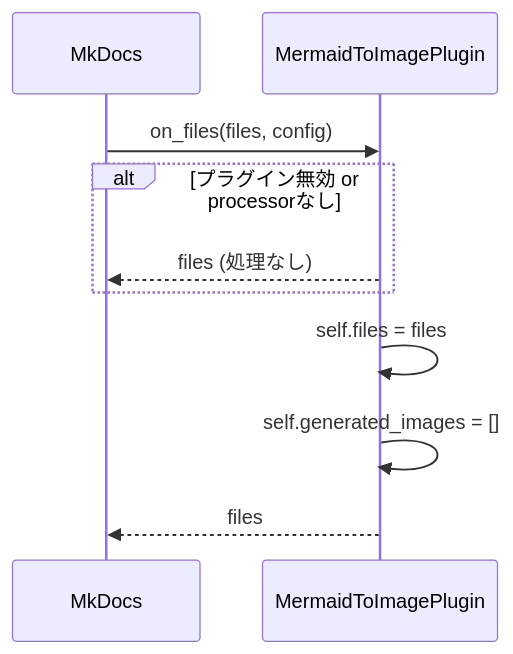
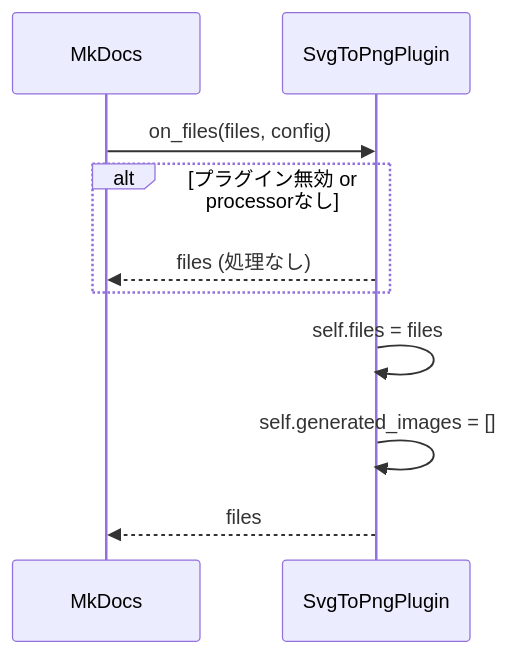
The fourth of 7 diagrams in docs/architecture.md (nuitsjp/mkdocs-svg-to-png), drawn with Mermaid before and after one commit. The commit also changed other lines of this file and 34 other files, not shown here.

First line of the commit message:
refactor: SVG to PNG変換機能の完全実装とMermaidからの移行完了

````diff
--- a/docs/architecture.md
+++ b/docs/architecture.md
@@ -209,15 +203,15 @@
 ```mermaid
 sequenceDiagram
     participant MkDocs
-    participant Plugin as MermaidToImagePlugin
+    participant Plugin as SvgToPngPlugin
 
     MkDocs->>Plugin: on_files(files, config)
 
     alt プラグイン無効 or processorなし
         Plugin-->>MkDocs: files (処理なし)
     end
 
     Plugin->>Plugin: self.files = files
     Plugin->>Plugin: self.generated_images = []
     Plugin-->>MkDocs: files
 ```
````
